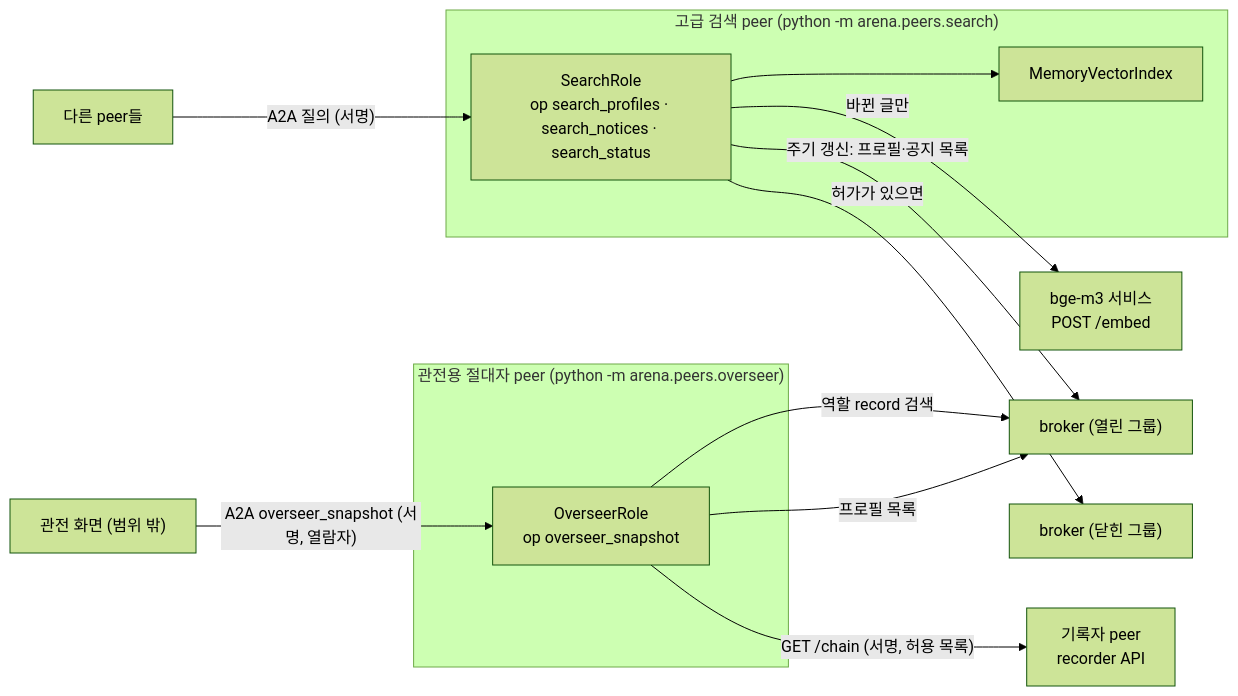
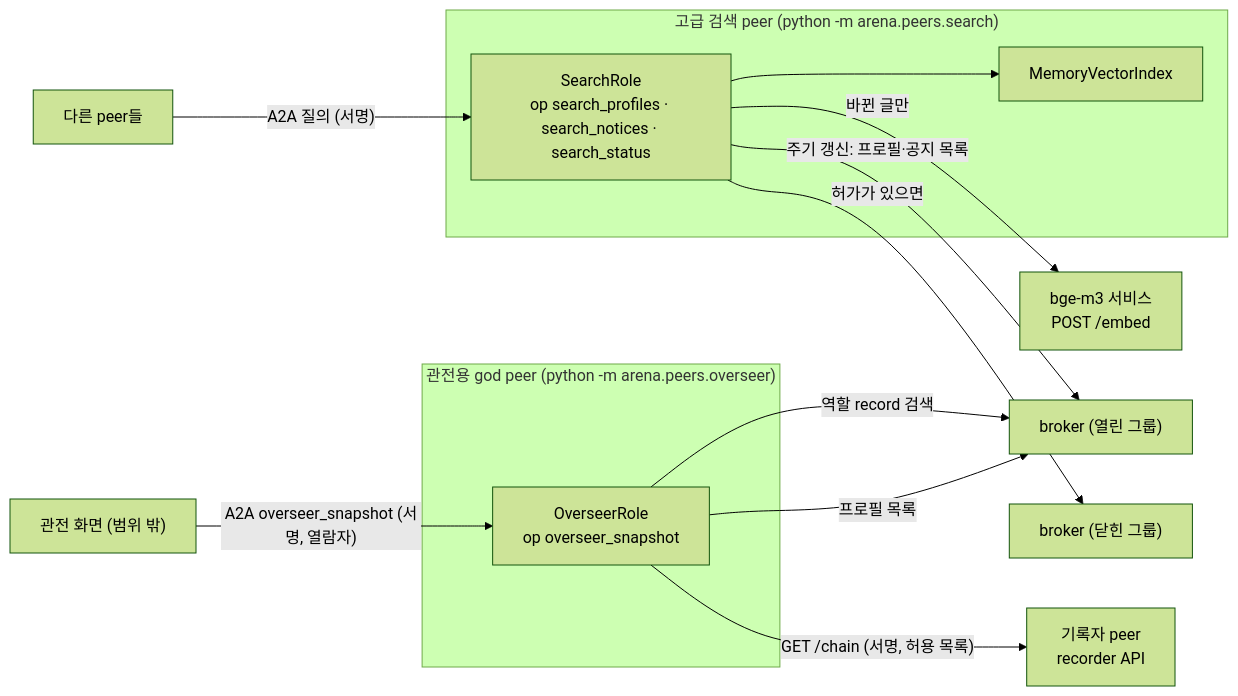
Before and after one commit to tanminkwan/share-ur-tokens: the second of 4 diagrams in dev/phase3/design.md, drawn with Mermaid (forest theme). The commit also changed other lines of this file and 49 other files, not shown here.

````diff
--- a/dev/phase3/design.md
+++ b/dev/phase3/design.md
@@ -32,24 +32,24 @@
 ```mermaid
 flowchart LR
     subgraph search["고급 검색 peer (python -m arena.peers.search)"]
         SR["SearchRole<br/>op search_profiles · search_notices · search_status"]
         IDX["MemoryVectorIndex"]
         SR --> IDX
     end
-    subgraph ov["관전용 절대자 peer (python -m arena.peers.overseer)"]
+    subgraph ov["관전용 god peer (python -m arena.peers.overseer)"]
         OR["OverseerRole<br/>op overseer_snapshot"]
     end
     EMB["bge-m3 서비스<br/>POST /embed"]
     B1["broker (열린 그룹)"]
     B2["broker (닫힌 그룹)"]
     REC["기록자 peer<br/>recorder API"]
     P["다른 peer들"]
     SR -- "주기 갱신: 프로필·공지 목록" --> B1
     SR -- "허가가 있으면" --> B2
     SR -- "바뀐 글만" --> EMB
     P -- "A2A 질의 (서명)" --> SR
     OR -- "역할 record 검색" --> B1
     OR -- "GET /chain (서명, 허용 목록)" --> REC
     OR -- "프로필 목록" --> B1
     V["관전 화면 (범위 밖)"] -- "A2A overseer_snapshot (서명, 열람자)" --> OR
 ```
````
